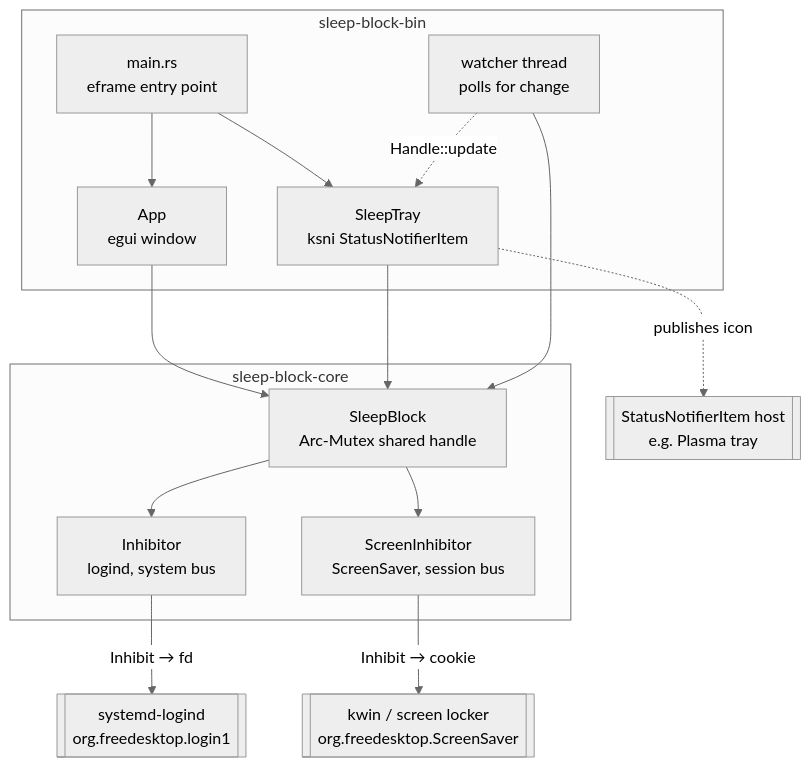
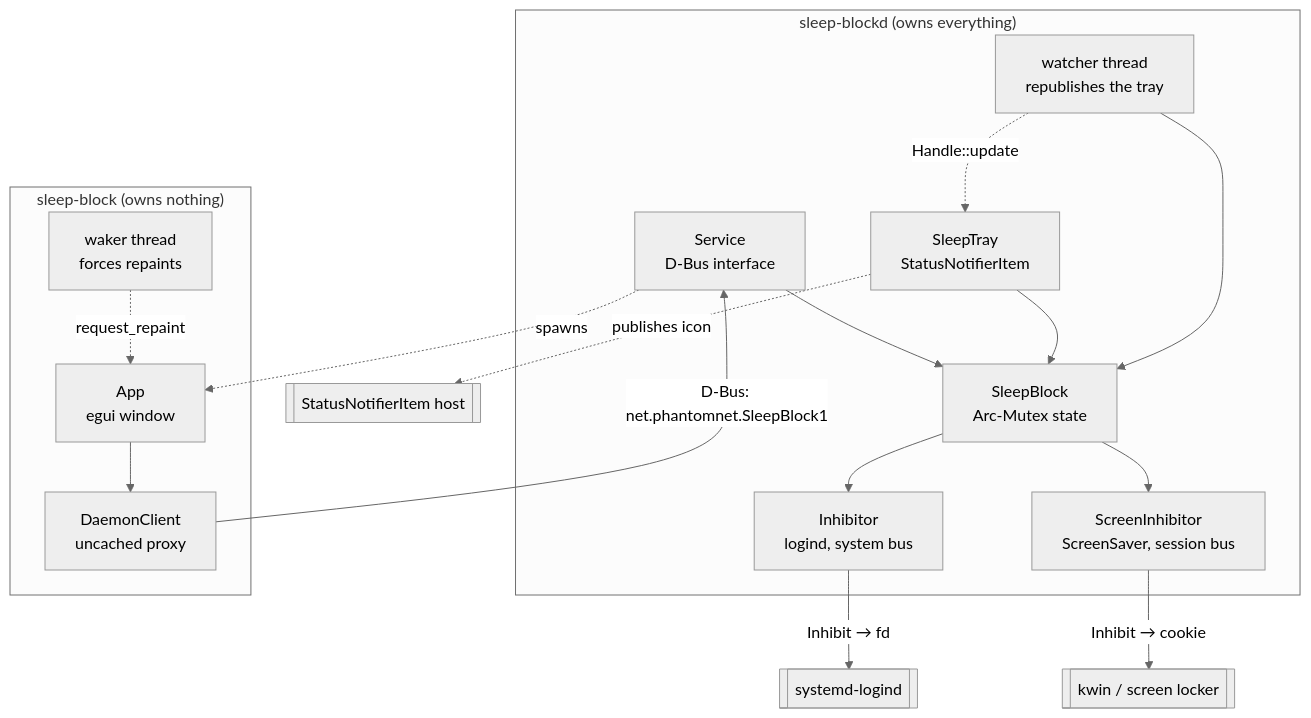
The first of 3 diagrams in .plans/Designs/SleepBlock/README.md (danweinerdev/sleep-blocker), drawn with Mermaid (neutral theme) before and after one commit. The commit also changed other lines of this file and 3 other files, not shown here.

````diff
--- a/.plans/Designs/SleepBlock/README.md
+++ b/.plans/Designs/SleepBlock/README.md
@@ -46,31 +56,36 @@
 ```mermaid
 graph TD
-    subgraph bin["sleep-block-bin"]
-        Main[main.rs<br/>eframe entry point]
-        Window[App<br/>egui window]
-        Tray[SleepTray<br/>ksni StatusNotifierItem]
-        Watcher[watcher thread<br/>polls for change]
-    end
-
-    subgraph core["sleep-block-core"]
-        State[SleepBlock<br/>Arc-Mutex shared handle]
+    subgraph daemon["sleep-blockd (owns everything)"]
+        Service[Service<br/>D-Bus interface]
+        Tray[SleepTray<br/>StatusNotifierItem]
+        Watcher[watcher thread<br/>republishes the tray]
+        State[SleepBlock<br/>Arc-Mutex state]
         Inhibitor[Inhibitor<br/>logind, system bus]
         Screen[ScreenInhibitor<br/>ScreenSaver, session bus]
     end
 
-    Logind[["systemd-logind<br/>org.freedesktop.login1"]]
-    Saver[["kwin / screen locker<br/>org.freedesktop.ScreenSaver"]]
-    Host[["StatusNotifierItem host<br/>e.g. Plasma tray"]]
+    subgraph gui["sleep-block (owns nothing)"]
+        App[App<br/>egui window]
+        Client[DaemonClient<br/>uncached proxy]
+        Waker[waker thread<br/>forces repaints]
+    end
 
-    Main --> Window
-    Main --> Tray
-    Window --> State
+    Logind[["systemd-logind"]]
+    Saver[["kwin / screen locker"]]
+    Host[["StatusNotifierItem host"]]
+
+    App --> Client
+    Waker -.->|request_repaint| App
+    Client -->|"D-Bus: net.phantomnet.SleepBlock1"| Service
+    Service --> State
     Tray --> State
     Watcher --> State
     Watcher -.->|Handle::update| Tray
     State --> Inhibitor
     State --> Screen
     Inhibitor -->|Inhibit → fd| Logind
     Screen -->|Inhibit → cookie| Saver
     Tray -.->|publishes icon| Host
+    Service -.->|spawns| App
+
 ```
````
